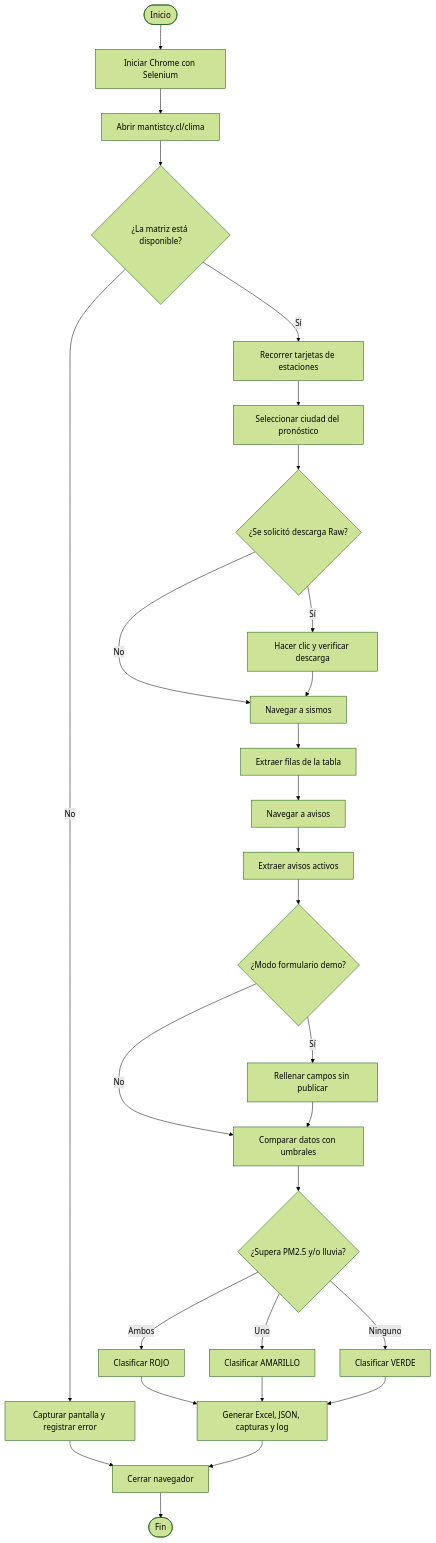
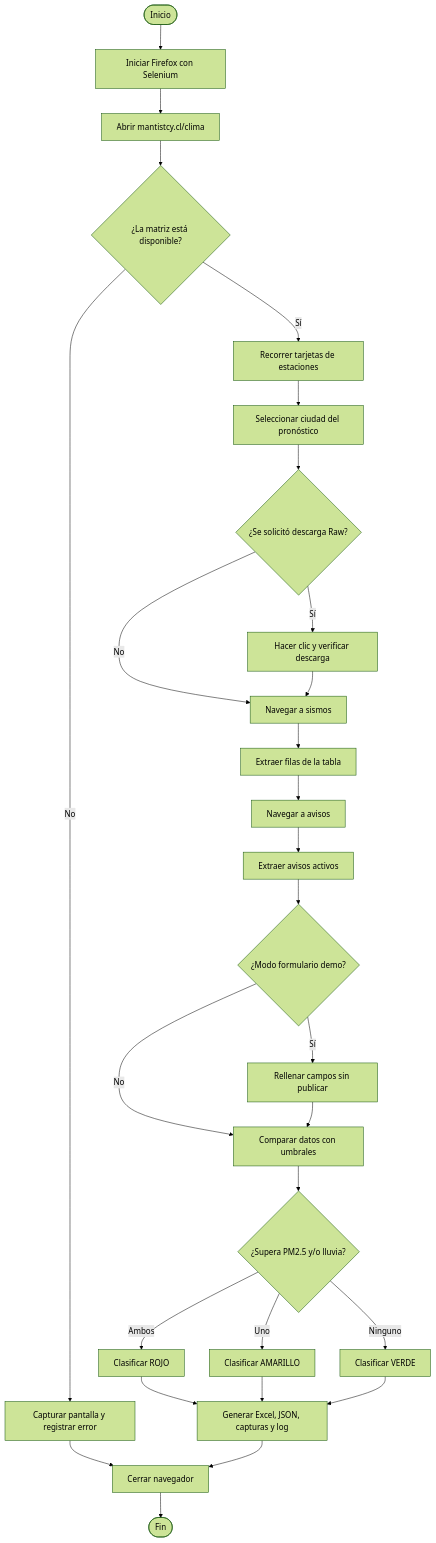
The diagram in docs/diagrama_flujo.md (ignaciojgr/meteostream-clima-rpa), drawn with Mermaid (forest theme) before and after one commit. The commit also changed other lines of this file and 8 other files, not shown here.

Commit message:
Switch Selenium automation to Firefox

````diff
--- a/docs/diagrama_flujo.md
+++ b/docs/diagrama_flujo.md
@@ -7,30 +7,30 @@
 ```mermaid
 flowchart TD
-    A([Inicio]) --> B[Iniciar Chrome con Selenium]
+    A([Inicio]) --> B[Iniciar Firefox con Selenium]
     B --> C[Abrir mantistcy.cl/clima]
     C --> D{¿La matriz está disponible?}
     D -- No --> E[Capturar pantalla y registrar error]
     E --> Z[Cerrar navegador]
     D -- Sí --> F[Recorrer tarjetas de estaciones]
     F --> G[Seleccionar ciudad del pronóstico]
     G --> H{¿Se solicitó descarga Raw?}
     H -- Sí --> I[Hacer clic y verificar descarga]
     H -- No --> J[Navegar a sismos]
     I --> J
     J --> K[Extraer filas de la tabla]
     K --> L[Navegar a avisos]
     L --> M[Extraer avisos activos]
     M --> N{¿Modo formulario demo?}
     N -- Sí --> O[Rellenar campos sin publicar]
     N -- No --> P[Comparar datos con umbrales]
     O --> P
     P --> Q{¿Supera PM2.5 y/o lluvia?}
     Q -- Ambos --> R[Clasificar ROJO]
     Q -- Uno --> S[Clasificar AMARILLO]
     Q -- Ninguno --> T[Clasificar VERDE]
     R --> U[Generar Excel, JSON, capturas y log]
     S --> U
     T --> U
     U --> Z
     Z --> V([Fin])
 ```
````
